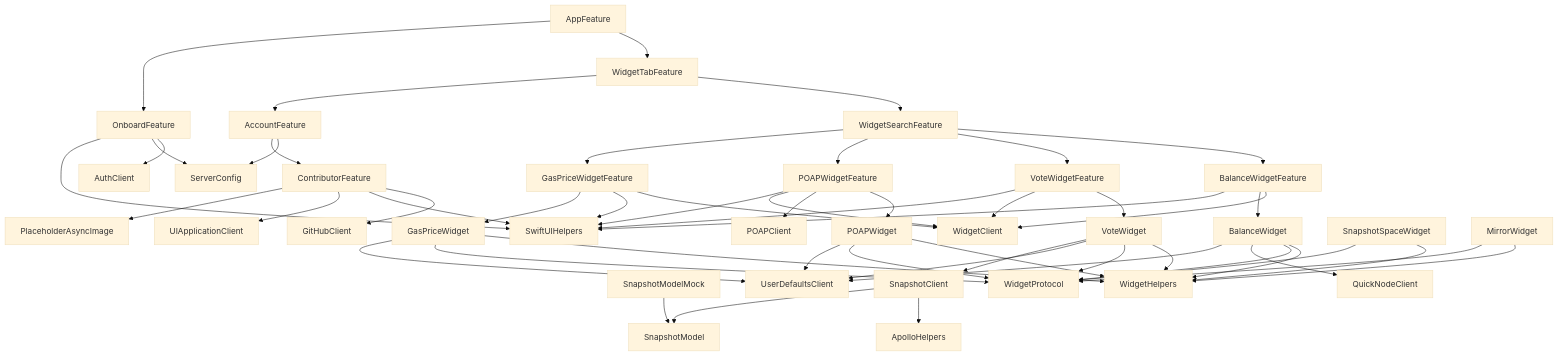
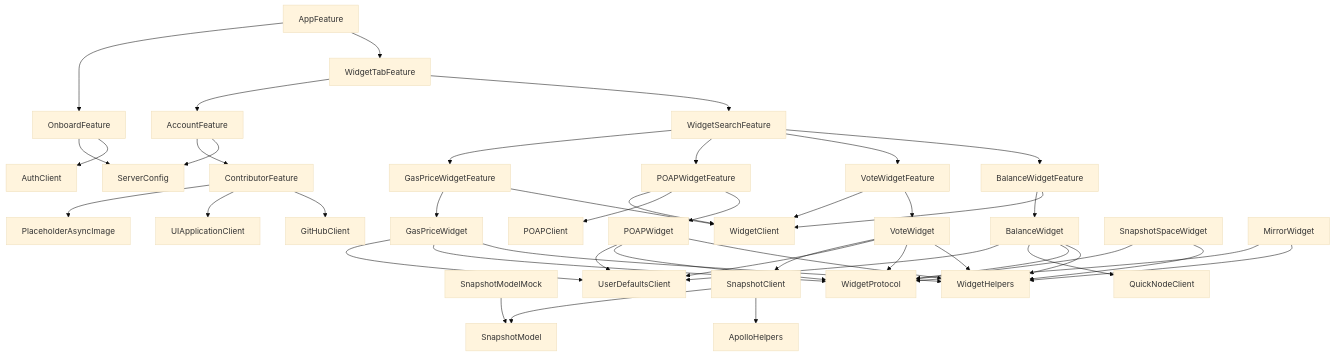
The diagram in caaaption/PackageDependencies.md (caaaption/caaaption), drawn with Mermaid (base theme) before and after one commit.

Commit message:
Run dgraph

````diff
--- a/caaaption/PackageDependencies.md
+++ b/caaaption/PackageDependencies.md
@@ -1,54 +1,48 @@
 ```mermaid
 graph TD;
     AppFeature-->WidgetTabFeature;
     AppFeature-->OnboardFeature;
     WidgetSearchFeature-->BalanceWidgetFeature;
     WidgetSearchFeature-->VoteWidgetFeature;
     WidgetSearchFeature-->POAPWidgetFeature;
     WidgetSearchFeature-->GasPriceWidgetFeature;
     AccountFeature-->ServerConfig;
     AccountFeature-->ContributorFeature;
     ContributorFeature-->GitHubClient;
-    ContributorFeature-->SwiftUIHelpers;
     ContributorFeature-->UIApplicationClient;
     ContributorFeature-->PlaceholderAsyncImage;
     BalanceWidgetFeature-->WidgetClient;
     BalanceWidgetFeature-->BalanceWidget;
-    BalanceWidgetFeature-->SwiftUIHelpers;
     VoteWidgetFeature-->VoteWidget;
     VoteWidgetFeature-->WidgetClient;
-    VoteWidgetFeature-->SwiftUIHelpers;
     OnboardFeature-->AuthClient;
     OnboardFeature-->ServerConfig;
-    OnboardFeature-->SwiftUIHelpers;
     POAPWidgetFeature-->POAPWidget;
     POAPWidgetFeature-->POAPClient;
     POAPWidgetFeature-->WidgetClient;
-    POAPWidgetFeature-->SwiftUIHelpers;
     GasPriceWidgetFeature-->WidgetClient;
-    GasPriceWidgetFeature-->SwiftUIHelpers;
     GasPriceWidgetFeature-->GasPriceWidget;
     WidgetTabFeature-->WidgetSearchFeature;
     WidgetTabFeature-->AccountFeature;
     SnapshotModelMock-->SnapshotModel;
     SnapshotClient-->ApolloHelpers;
     SnapshotClient-->SnapshotModel;
     BalanceWidget-->WidgetHelpers;
     BalanceWidget-->WidgetProtocol;
     BalanceWidget-->QuickNodeClient;
     BalanceWidget-->UserDefaultsClient;
     VoteWidget-->WidgetHelpers;
     VoteWidget-->WidgetProtocol;
     VoteWidget-->UserDefaultsClient;
     VoteWidget-->SnapshotClient;
     GasPriceWidget-->WidgetHelpers;
     GasPriceWidget-->WidgetProtocol;
     GasPriceWidget-->UserDefaultsClient;
     POAPWidget-->WidgetHelpers;
     POAPWidget-->WidgetProtocol;
     POAPWidget-->UserDefaultsClient;
     SnapshotSpaceWidget-->WidgetHelpers;
     SnapshotSpaceWidget-->WidgetProtocol;
     MirrorWidget-->WidgetHelpers;
     MirrorWidget-->WidgetProtocol;
 ```
````
